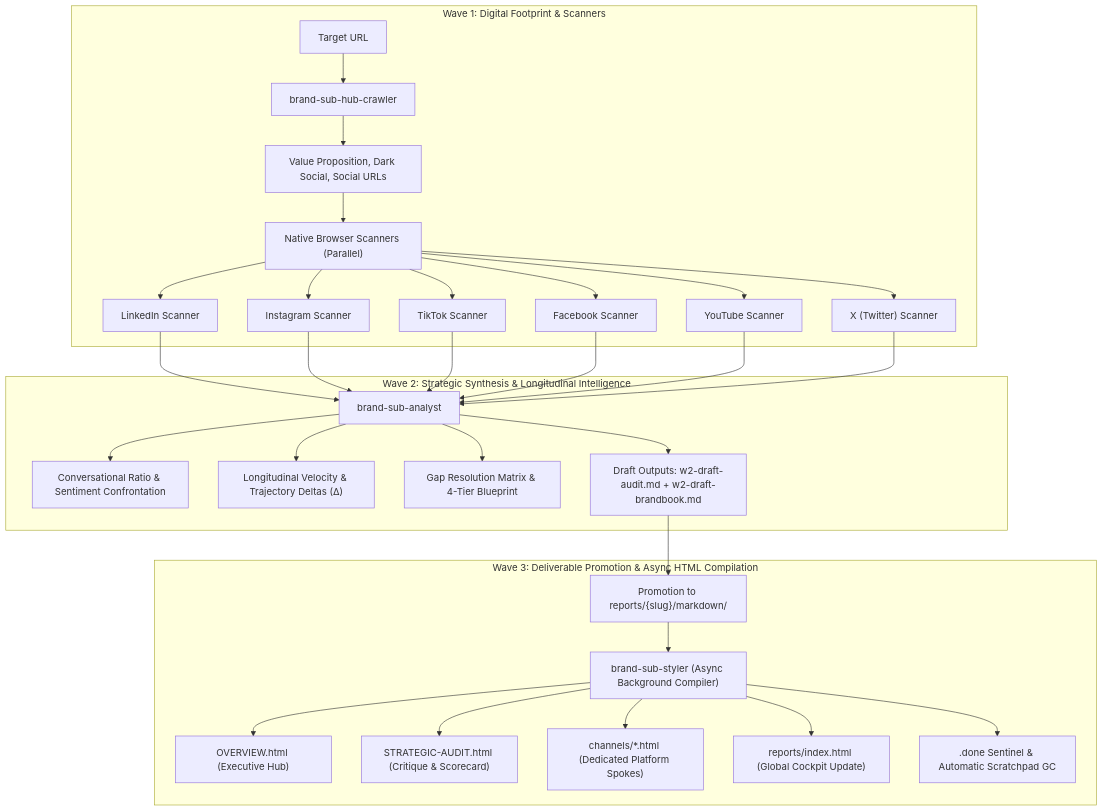
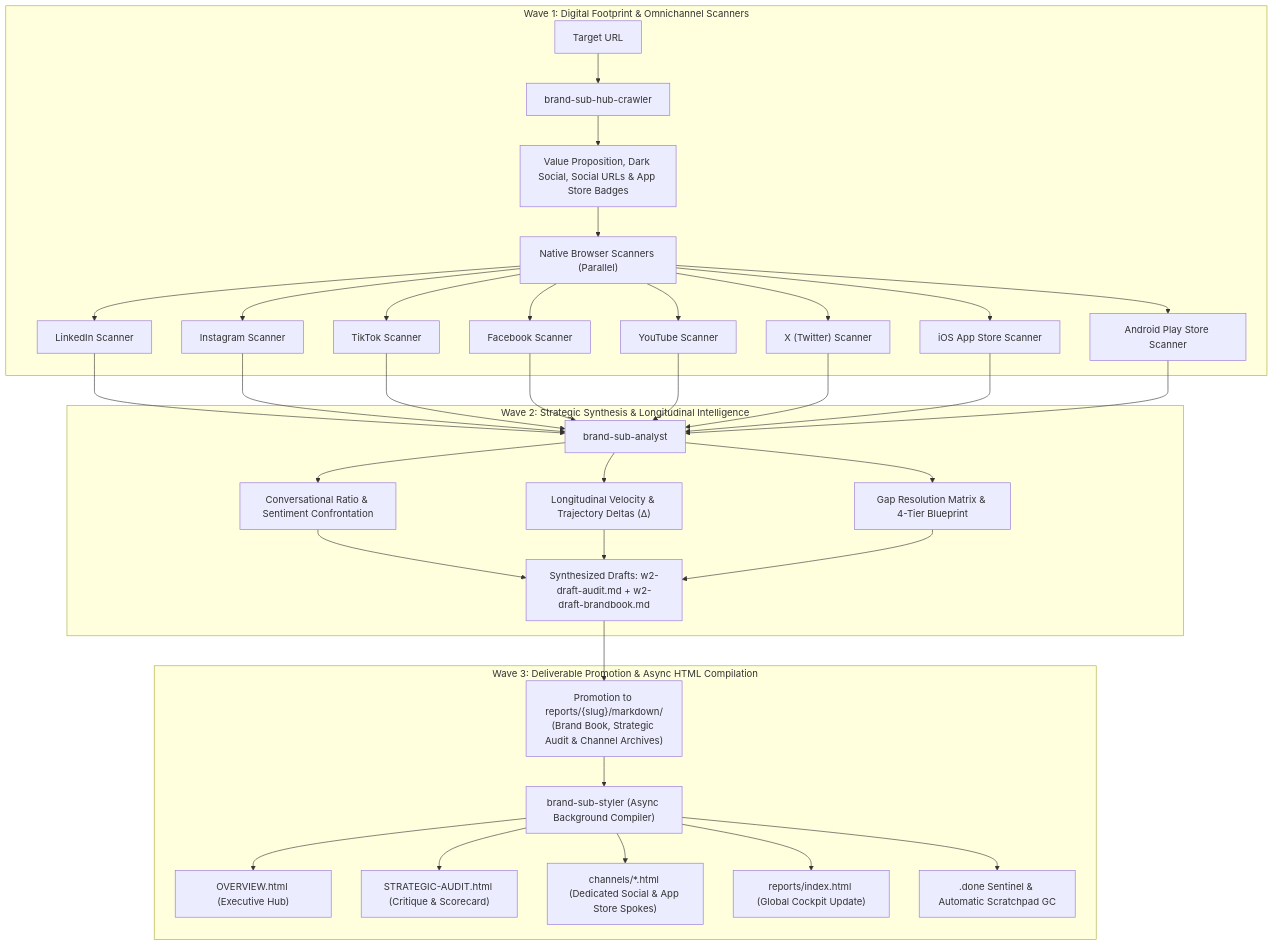
One commit to nicolasvd/brand-agents-agy changed the diagram in README.md. Above: the diagram before and after it, drawn with Mermaid. The commit also changed other lines of this file and 16 other files, not shown here.

First line of the commit message:
feat: Add iOS App Store & Android Google Play Store scanners with multi-model calibration (#2)

````diff
--- a/README.md
+++ b/README.md
@@ -46,32 +46,34 @@
 ```mermaid
 flowchart TD
-    subgraph Wave1["Wave 1: Digital Footprint & Scanners"]
+    subgraph Wave1["Wave 1: Digital Footprint & Omnichannel Scanners"]
         A["Target URL"] --> B["brand-sub-hub-crawler"]
-        B --> C["Value Proposition, Dark Social, Social URLs"]
+        B --> C["Value Proposition, Dark Social, Social URLs & App Store Badges"]
         C --> D["Native Browser Scanners (Parallel)"]
         D --> D1["LinkedIn Scanner"]
         D --> D2["Instagram Scanner"]
         D --> D3["TikTok Scanner"]
         D --> D4["Facebook Scanner"]
         D --> D5["YouTube Scanner"]
         D --> D6["X (Twitter) Scanner"]
+        D --> D7["iOS App Store Scanner"]
+        D --> D8["Android Play Store Scanner"]
     end
 
     subgraph Wave2["Wave 2: Strategic Synthesis & Longitudinal Intelligence"]
-        D1 & D2 & D3 & D4 & D5 & D6 --> E["brand-sub-analyst"]
+        D1 & D2 & D3 & D4 & D5 & D6 & D7 & D8 --> E["brand-sub-analyst"]
         E --> F["Conversational Ratio & Sentiment Confrontation"]
         E --> G["Longitudinal Velocity & Trajectory Deltas (Δ)"]
         E --> H["Gap Resolution Matrix & 4-Tier Blueprint"]
-        E --> I["Draft Outputs: w2-draft-audit.md + w2-draft-brandbook.md"]
+        F & G & H --> I["Synthesized Drafts: w2-draft-audit.md + w2-draft-brandbook.md"]
     end
 
     subgraph Wave3["Wave 3: Deliverable Promotion & Async HTML Compilation"]
-        I --> J["Promotion to reports/{slug}/markdown/"]
+        I --> J["Promotion to reports/{slug}/markdown/<br/>(Brand Book, Strategic Audit & Channel Archives)"]
         J --> K["brand-sub-styler (Async Background Compiler)"]
         K --> L["OVERVIEW.html (Executive Hub)"]
         K --> M["STRATEGIC-AUDIT.html (Critique & Scorecard)"]
-        K --> N["channels/*.html (Dedicated Platform Spokes)"]
+        K --> N["channels/*.html (Dedicated Social & App Store Spokes)"]
         K --> O["reports/index.html (Global Cockpit Update)"]
         K --> P[".done Sentinel & Automatic Scratchpad GC"]
     end
 ```
````
